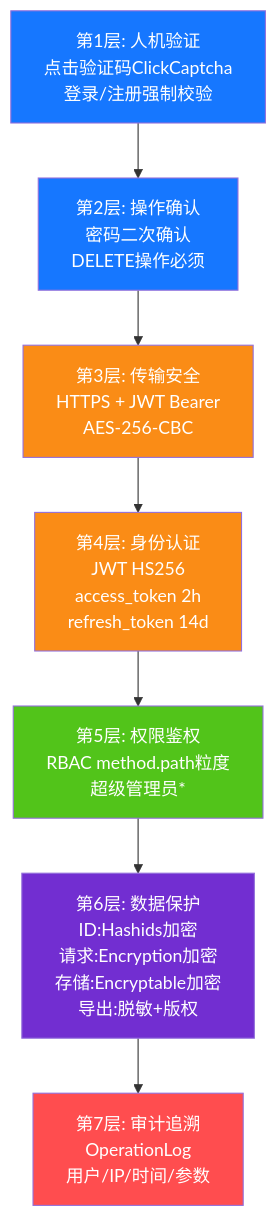
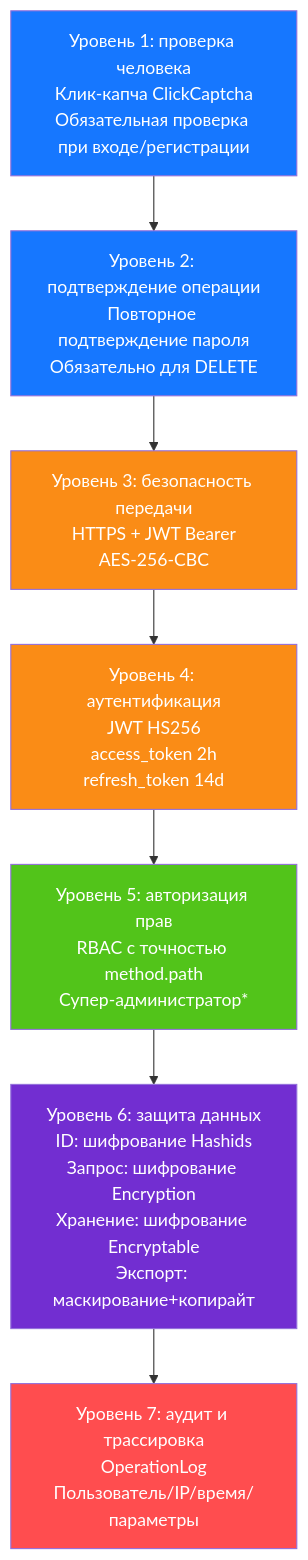
One commit to erikwang2013/game-platform-php changed the diagram in admin/docs/diagrams/11-security-defense.ru.md. Above: the diagram before and after it, drawn with Mermaid. The commit also changed 211 other files, not shown here.

First line of the commit message:
fix: 支付配置读回类型根治、提现事件对账巡检，12 语族 mermaid 与 API 标签本地化

````diff
--- a/admin/docs/diagrams/11-security-defense.ru.md
+++ b/admin/docs/diagrams/11-security-defense.ru.md
@@ -7,20 +7,20 @@
 ```mermaid
 flowchart TB
-    l1["第1层: 人机验证<br/>点击验证码ClickCaptcha<br/>登录/注册强制校验"]
-    l2["第2层: 操作确认<br/>密码二次确认<br/>DELETE操作必须"]
-    l3["第3层: 传输安全<br/>HTTPS + JWT Bearer<br/>AES-256-CBC"]
-    l4["第4层: 身份认证<br/>JWT HS256<br/>access_token 2h<br/>refresh_token 14d"]
-    l5["第5层: 权限鉴权<br/>RBAC method.path粒度<br/>超级管理员*"]
-    l6["第6层: 数据保护<br/>ID:Hashids加密<br/>请求:Encryption加密<br/>存储:Encryptable加密<br/>导出:脱敏+版权"]
-    l7["第7层: 审计追溯<br/>OperationLog<br/>用户/IP/时间/参数"]
+    l1["Уровень 1: проверка человека<br/>Клик-капча ClickCaptcha<br/>Обязательная проверка при входе/регистрации"]
+    l2["Уровень 2: подтверждение операции<br/>Повторное подтверждение пароля<br/>Обязательно для DELETE"]
+    l3["Уровень 3: безопасность передачи<br/>HTTPS + JWT Bearer<br/>AES-256-CBC"]
+    l4["Уровень 4: аутентификация<br/>JWT HS256<br/>access_token 2h<br/>refresh_token 14d"]
+    l5["Уровень 5: авторизация прав<br/>RBAC с точностью method.path<br/>Супер-администратор*"]
+    l6["Уровень 6: защита данных<br/>ID: шифрование Hashids<br/>Запрос: шифрование Encryption<br/>Хранение: шифрование Encryptable<br/>Экспорт: маскирование+копирайт"]
+    l7["Уровень 7: аудит и трассировка<br/>OperationLog<br/>Пользователь/IP/время/параметры"]
 
     l1 --> l2 --> l3 --> l4 --> l5 --> l6 --> l7
 
     style l1 fill:#1677FF,color:#fff
     style l2 fill:#1677FF,color:#fff
     style l3 fill:#FA8C16,color:#fff
     style l4 fill:#FA8C16,color:#fff
     style l5 fill:#52C41A,color:#fff
     style l6 fill:#722ED1,color:#fff
     style l7 fill:#FF4D4F,color:#fff
 ```
````
